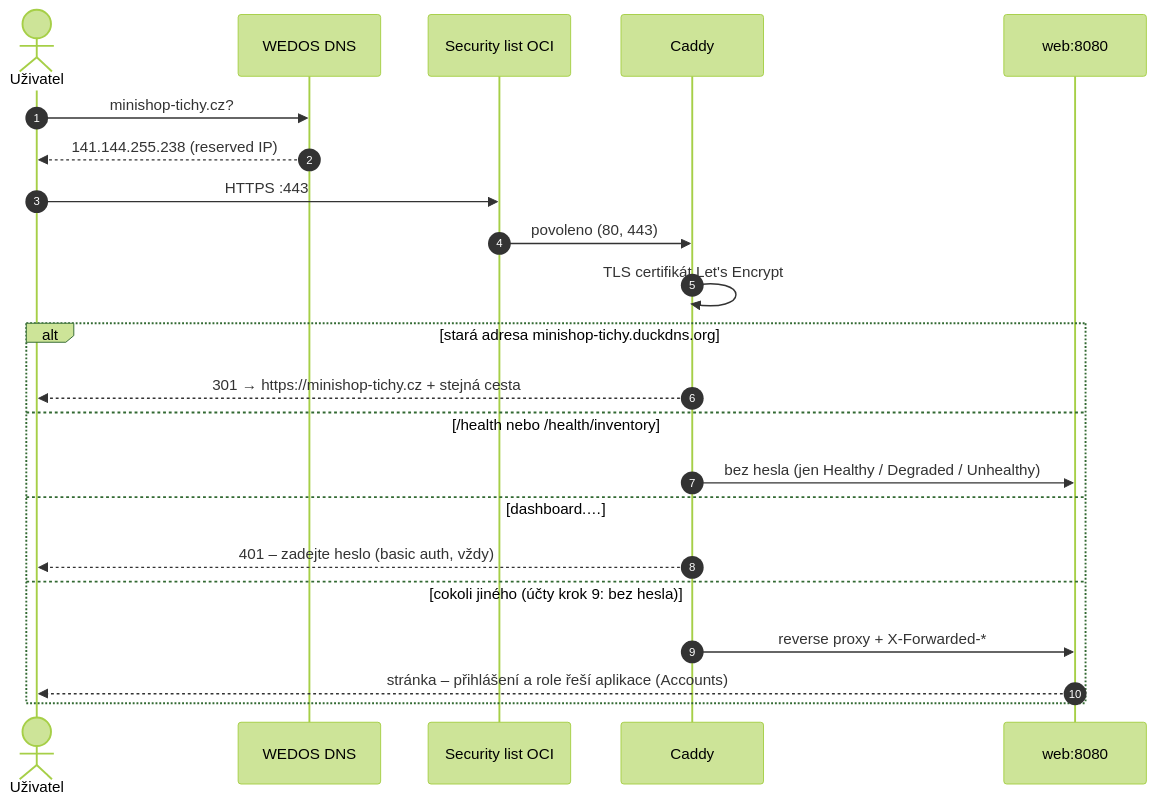
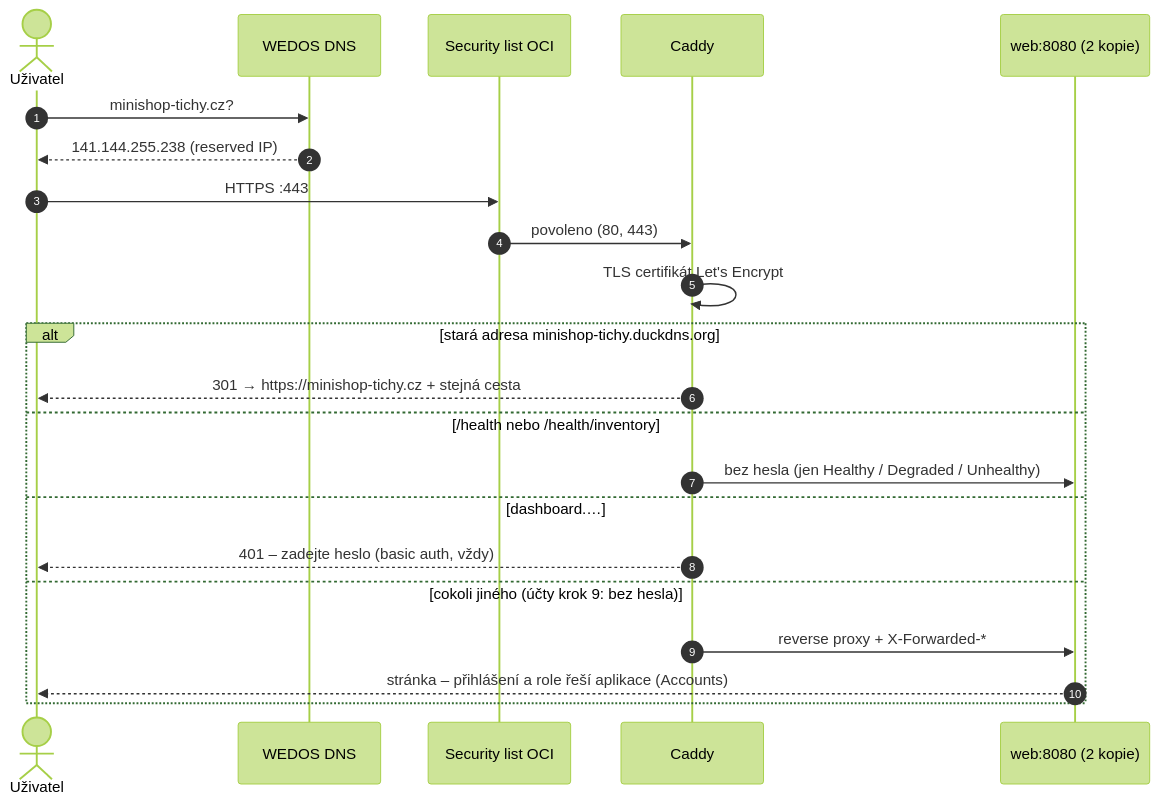
One commit to ftichy/MiniShop changed the diagram in docs/prirucka/nasazeni/https-a-pristup.md. Above: the diagram before and after it, drawn with Mermaid (forest theme). The commit also changed other lines of this file and 29 other files, not shown here.

First line of the commit message:
SCALING STEP5: více instancí – vedoucí kopie a Web ve dvou kopiích

````diff
--- a/docs/prirucka/nasazeni/https-a-pristup.md
+++ b/docs/prirucka/nasazeni/https-a-pristup.md
@@ -13,25 +13,25 @@
 ```mermaid
 sequenceDiagram
     autonumber
     actor U as Uživatel
     participant D as WEDOS DNS
     participant SL as Security list OCI
     participant C as Caddy
-    participant W as web:8080
+    participant W as web:8080 (2 kopie)
 
     U->>D: minishop-tichy.cz?
     D-->>U: 141.144.255.238 (reserved IP)
     U->>SL: HTTPS :443
     SL->>C: povoleno (80, 443)
     C->>C: TLS certifikát Let's Encrypt
     alt stará adresa minishop-tichy.duckdns.org
         C-->>U: 301 → https://minishop-tichy.cz + stejná cesta
     else /health nebo /health/inventory
         C->>W: bez hesla (jen Healthy / Degraded / Unhealthy)
     else dashboard.…
         C-->>U: 401 – zadejte heslo (basic auth, vždy)
     else cokoli jiného (účty krok 9: bez hesla)
         C->>W: reverse proxy + X-Forwarded-*
         W-->>U: stránka – přihlášení a role řeší aplikace (Accounts)
     end
 ```
````
